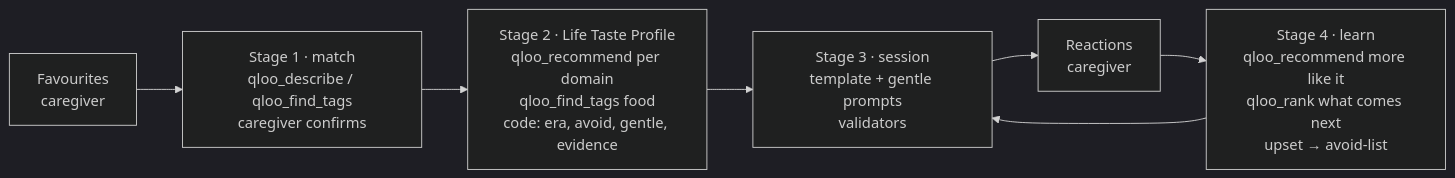
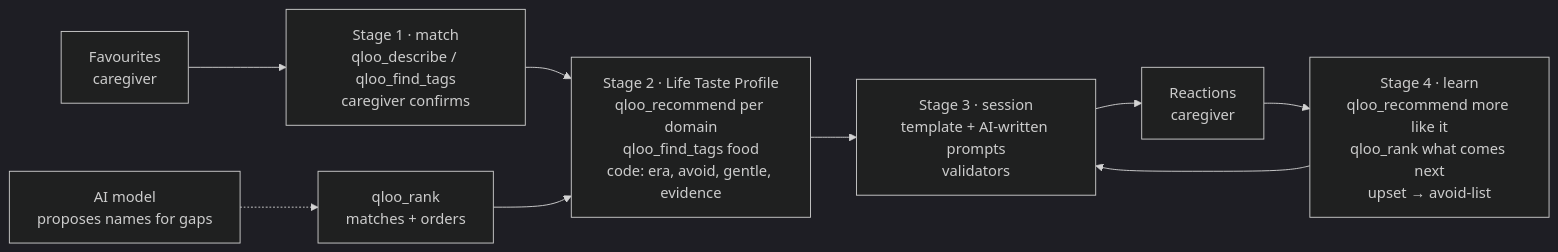
One commit to designerajitrawat-ux/memory-lane changed the diagram in README.md. Above: the diagram before and after it, drawn with Mermaid (dark theme). The commit also changed other lines of this file and 1 other file, not shown here.

````diff
--- a/README.md
+++ b/README.md
@@ -93,9 +104,11 @@
 ```mermaid
 flowchart LR
   F[Favourites<br/>caregiver] --> S1[Stage 1 · match<br/>qloo_describe / qloo_find_tags<br/>caregiver confirms]
   S1 --> S2[Stage 2 · Life Taste Profile<br/>qloo_recommend per domain<br/>qloo_find_tags food<br/>code: era, avoid, gentle, evidence]
-  S2 --> S3[Stage 3 · session<br/>template + gentle prompts<br/>validators]
+  L[AI model<br/>proposes names for gaps] -.-> K[qloo_rank<br/>matches + orders]
+  K --> S2
+  S2 --> S3[Stage 3 · session<br/>template + AI-written prompts<br/>validators]
   S3 --> R[Reactions<br/>caregiver]
   R --> S4[Stage 4 · learn<br/>qloo_recommend more like it<br/>qloo_rank what comes next<br/>upset → avoid-list]
   S4 --> S3
 ```
````
